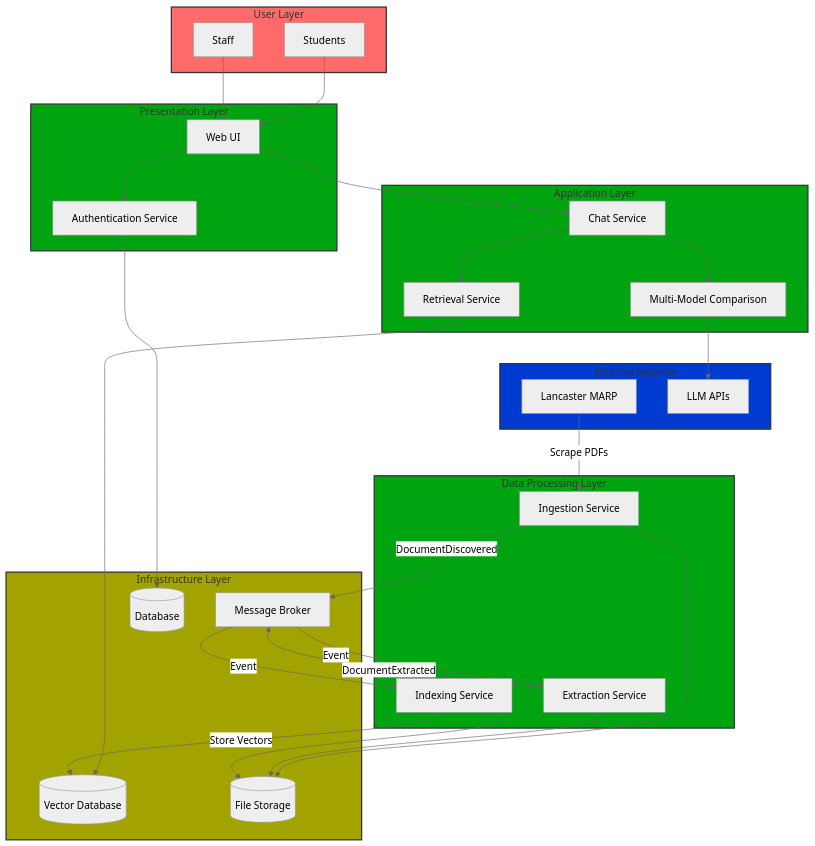
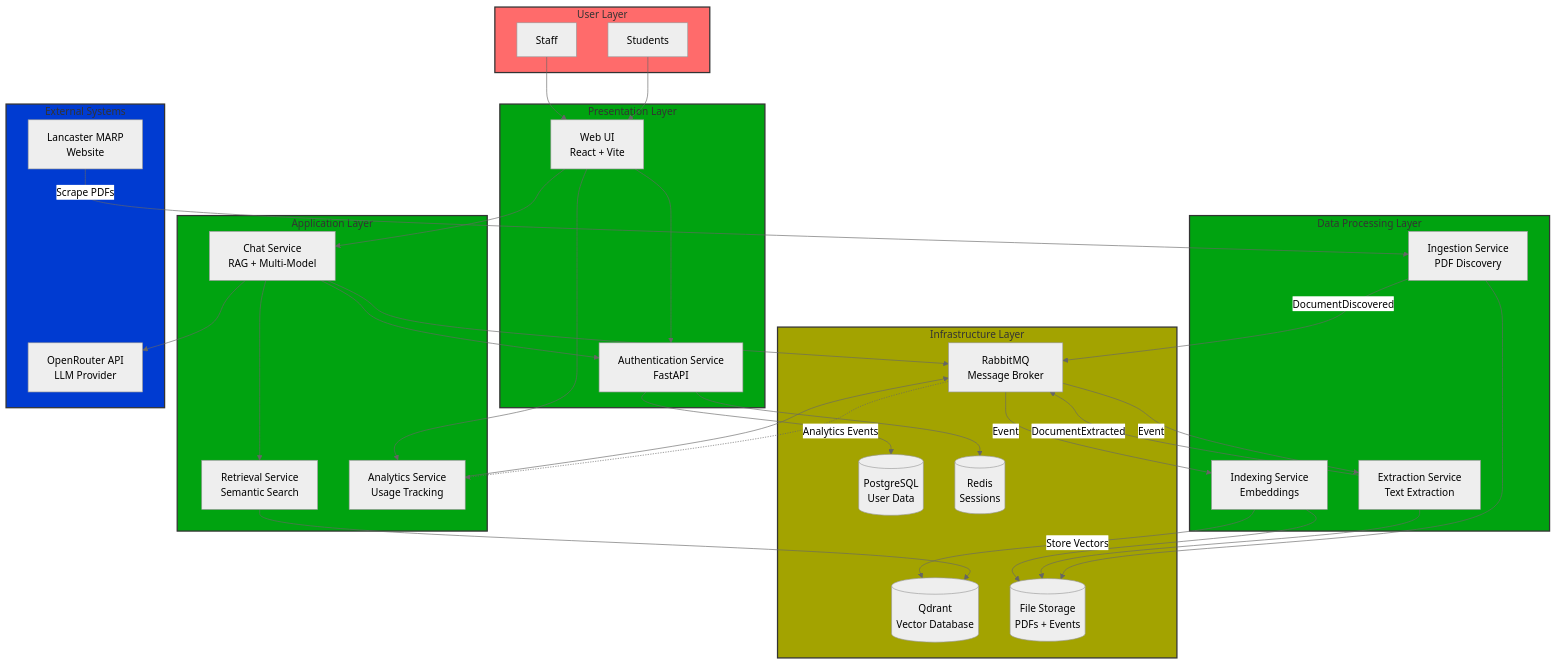
One commit to Th30utcast/MARP-Guide-AI changed the diagram in README.md. Above: the diagram before and after it, drawn with Mermaid (neutral theme). The commit also changed other lines of this file and 3 other files, not shown here.

Commit message:
Updated the diagrams of the system and added the UI documentation

````diff
--- a/README.md
+++ b/README.md
@@ -55,70 +55,80 @@
 ```mermaid
 graph TB
   subgraph Users["User Layer"]
     Student[Students]
     Staff[Staff]
   end
 
   subgraph Presentation["Presentation Layer"]
-    WebUI[Web UI<br/>]
-    Auth[Authentication Service<br/>]
+    WebUI[Web UI<br/>React + Vite]
+    Auth[Authentication Service<br/>FastAPI]
   end
 
   subgraph Application["Application Layer"]
-    Chat[Chat Service<br/>]
-    Retrieval[Retrieval Service<br/>]
-    MultiModel[Multi-Model Comparison<br/>]
+    Chat[Chat Service<br/>RAG + Multi-Model]
+    Retrieval[Retrieval Service<br/>Semantic Search]
+    Analytics[Analytics Service<br/>Usage Tracking]
   end
 
   subgraph DataProcessing["Data Processing Layer"]
-    Ingestion[Ingestion Service<br/>]
-    Extraction[Extraction Service<br/>]
-    Indexing[Indexing Service<br/>]
+    Ingestion[Ingestion Service<br/>PDF Discovery]
+    Extraction[Extraction Service<br/>Text Extraction]
+    Indexing[Indexing Service<br/>Embeddings]
   end
 
   subgraph Infrastructure["Infrastructure Layer"]
-    Message-Broker[Message Broker<br/>]
-    Vector-Database[(Vector Database<br/>)]
-    Storage[(File Storage<br/>)]
-    Database[(Database<br/>)]
+    RabbitMQ[RabbitMQ<br/>Message Broker]
+    Qdrant[(Qdrant<br/>Vector Database)]
+    Storage[(File Storage<br/>PDFs + Events)]
+    PostgreSQL[(PostgreSQL<br/>User Data)]
+    Redis[(Redis<br/>Sessions)]
   end
 
   subgraph External["External Systems"]
-    MARP[Lancaster MARP<br/>]
-    LLMs[LLM APIs<br/>]
+    MARP[Lancaster MARP<br/>Website]
+    OpenRouter[OpenRouter API<br/>LLM Provider]
   end
 
   %% User interactions
   Student --> WebUI
   Staff --> WebUI
   WebUI --> Auth
-  Auth -->Database
+  WebUI --> Chat
+  WebUI --> Analytics
+
+  %% Auth connections
+  Auth --> PostgreSQL
+  Auth --> Redis
 
   %% Application layer flows
-  WebUI --> Chat
-  Chat --> MultiModel
   Chat --> Retrieval
-  MultiModel --> LLMs
-  Retrieval --> Vector-Database
+  Chat --> OpenRouter
+  Chat --> Auth
+  Chat --> RabbitMQ
+  Analytics --> RabbitMQ
+  Retrieval --> Qdrant
 
-  %% Data processing pipeline (operational)
+  %% Data processing pipeline
   MARP -->|Scrape PDFs| Ingestion
-  Ingestion -->|DocumentDiscovered| Message-Broker
-  Message-Broker -->|Event| Extraction
-  Extraction -->|DocumentExtracted| Message-Broker
-  Message-Broker -->|Event| Indexing
-  Indexing -->|Store Vectors| Vector-Database
+  Ingestion -->|DocumentDiscovered| RabbitMQ
+  RabbitMQ -->|Event| Extraction
+  Extraction -->|DocumentExtracted| RabbitMQ
+  RabbitMQ -->|Event| Indexing
+  Indexing -->|Store Vectors| Qdrant
 
   %% Storage connections
   Ingestion --> Storage
   Extraction --> Storage
   Indexing --> Storage
+
+  %% Analytics tracking
+  RabbitMQ -.->|Analytics Events| Analytics
 
   %% Styling
   style DataProcessing fill:#00A310,stroke:#333,stroke-width:2px
   style Infrastructure fill:#A3A300,stroke:#333,stroke-width:2px
   style Presentation fill:#00A310,stroke:#333,stroke-width:2px
   style Application fill:#00A310,stroke:#333,stroke-width:2px
   style External fill:#003BD1,stroke:#333,stroke-width:2px
   style Users fill:#FF6B6B,stroke:#333,stroke-width:2px
 ```
````
